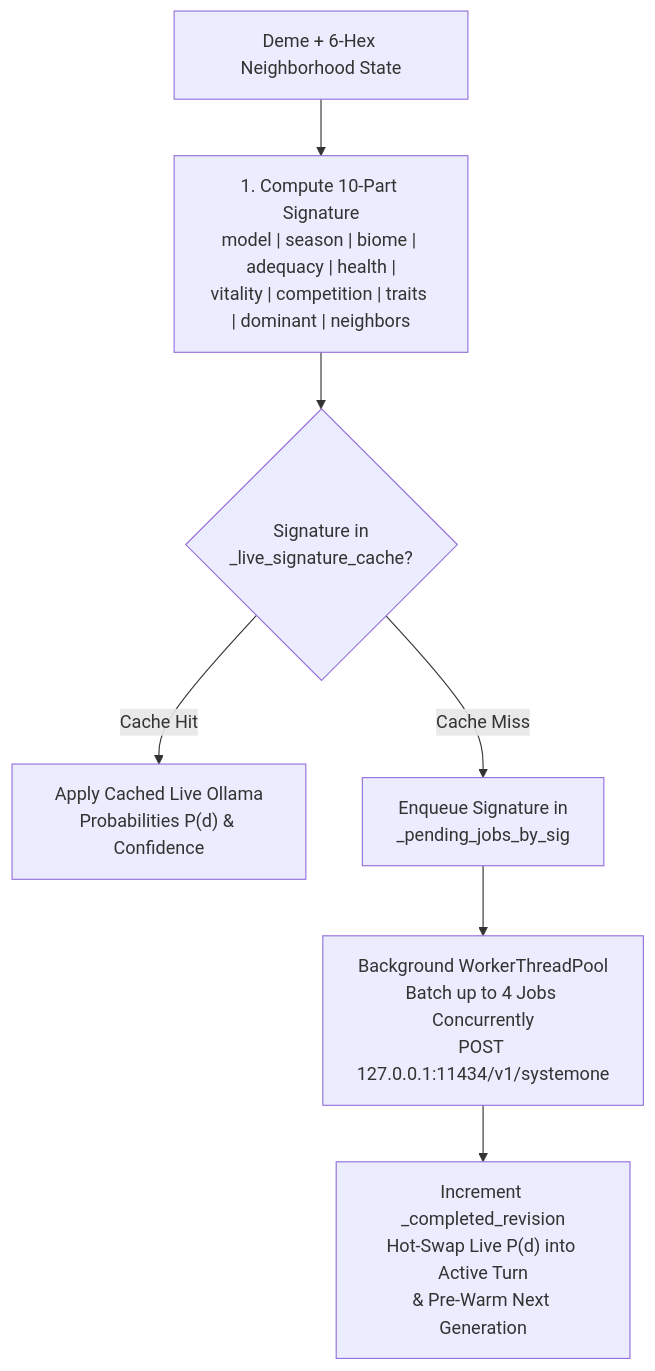
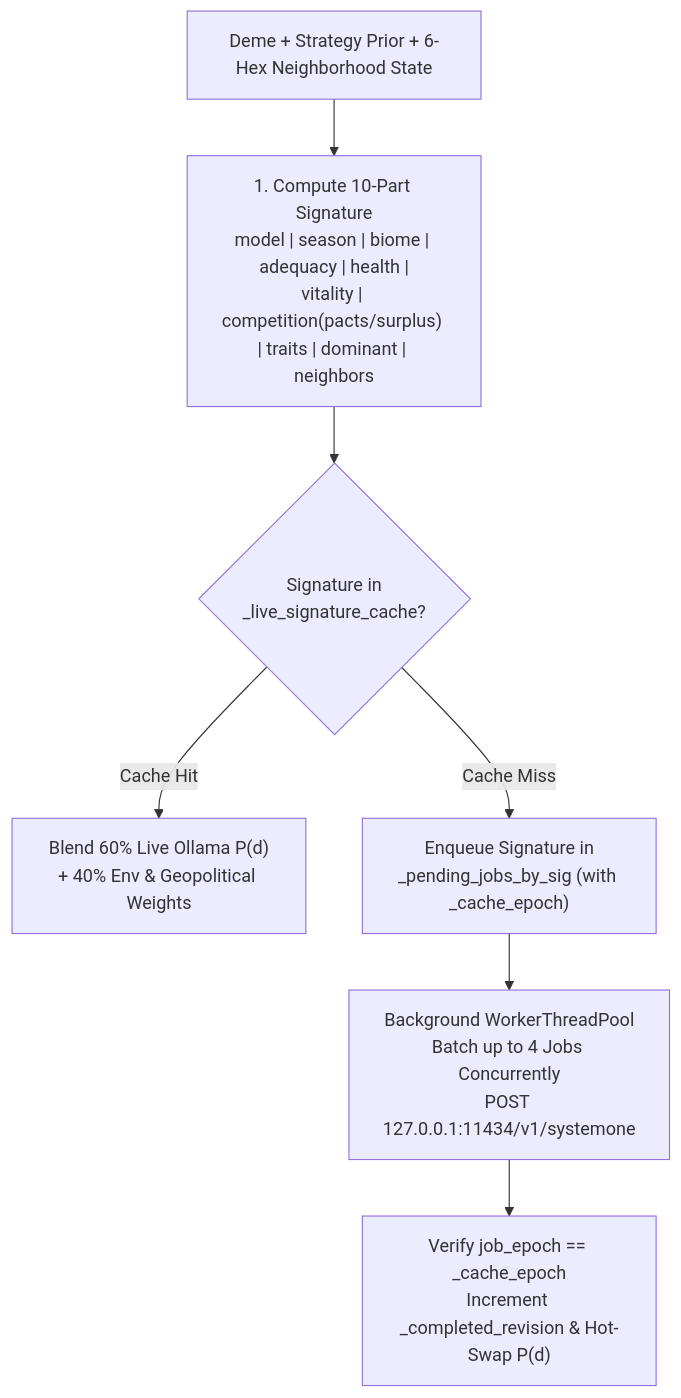
One commit to arrase/Evolution changed the diagram in gh-pages/cognitive_engine.md. Above: the diagram before and after it, drawn with Mermaid. The commit also changed other lines of this file and 47 other files, not shown here.

````diff
--- a/gh-pages/cognitive_engine.md
+++ b/gh-pages/cognitive_engine.md
@@ -11,9 +11,9 @@
 ```mermaid
 flowchart TD
-    Deme["Deme + 6-Hex Neighborhood State"] --> Sig["1. Compute 10-Part Signature\nmodel | season | biome | adequacy | health |\nvitality | competition | traits | dominant | neighbors"]
+    Deme["Deme + Strategy Prior + 6-Hex Neighborhood State"] --> Sig["1. Compute 10-Part Signature\nmodel | season | biome | adequacy | health |\nvitality | competition(pacts/surplus) | traits | dominant | neighbors"]
     Sig --> CacheCheck{"Signature in\n_live_signature_cache?"}
-    CacheCheck -- "Cache Hit" --> ApplyLive["Apply Cached Live Ollama\nProbabilities P(d) & Confidence"]
-    CacheCheck -- "Cache Miss" --> Queue["Enqueue Signature in\n_pending_jobs_by_sig"]
+    CacheCheck -- "Cache Hit" --> Blend["Blend 60% Live Ollama P(d)\n+ 40% Env & Geopolitical Weights"]
+    CacheCheck -- "Cache Miss" --> Queue["Enqueue Signature in\n_pending_jobs_by_sig (with _cache_epoch)"]
     Queue --> Worker["Background WorkerThreadPool\nBatch up to 4 Jobs Concurrently\nPOST 127.0.0.1:11434/v1/systemone"]
-    Worker --> HotSwap["Increment _completed_revision\nHot-Swap Live P(d) into Active Turn\n& Pre-Warm Next Generation"]
+    Worker --> HotSwap["Verify job_epoch == _cache_epoch\nIncrement _completed_revision & Hot-Swap P(d)"]
 ```
````
